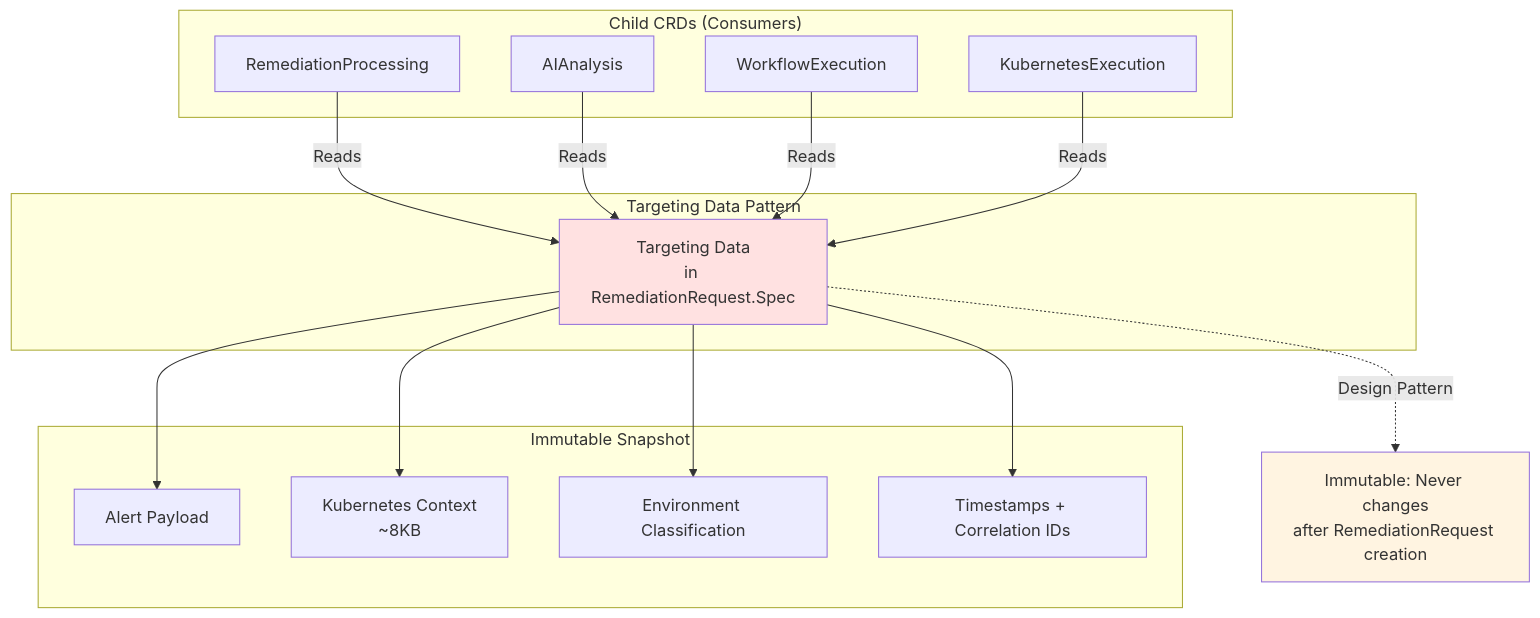
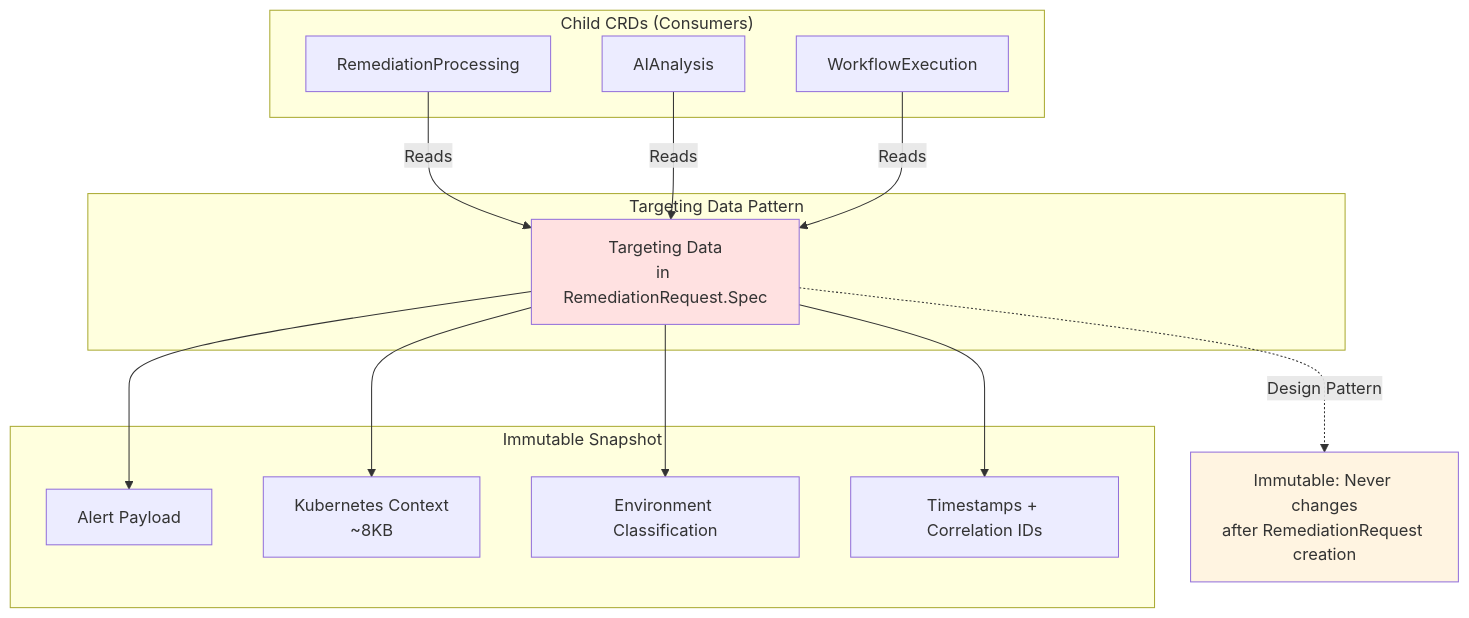
The fourth of 4 diagrams in docs/services/crd-controllers/05-remediationorchestrator/overview.md (jordigilh/kubernaut), drawn with Mermaid before and after one commit. The commit also changed other lines of this file and 63 other files, not shown here.

````diff
--- a/docs/services/crd-controllers/05-remediationorchestrator/overview.md
+++ b/docs/services/crd-controllers/05-remediationorchestrator/overview.md
@@ -244,36 +244,34 @@
 ```mermaid
 graph TB
     subgraph "Targeting Data Pattern"
         TD[Targeting Data<br/>in RemediationRequest.Spec]
     end
 
     subgraph "Immutable Snapshot"
         Alert[Alert Payload]
         K8sContext[Kubernetes Context<br/>~8KB]
         Environment[Environment Classification]
         Metadata[Timestamps + Correlation IDs]
     end
 
     subgraph "Child CRDs (Consumers)"
         AP[RemediationProcessing]
         AIA[AIAnalysis]
         WE[WorkflowExecution]
-        KE[KubernetesExecution]
     end
 
     TD --> Alert
     TD --> K8sContext
     TD --> Environment
     TD --> Metadata
 
     AP -->|Reads| TD
     AIA -->|Reads| TD
     WE -->|Reads| TD
-    KE -->|Reads| TD
 
     Note[Immutable: Never changes<br/>after RemediationRequest creation]
     TD -.->|Design Pattern| Note
 
     style TD fill:#ffe1e1
     style Note fill:#fff4e1
 ```
````
